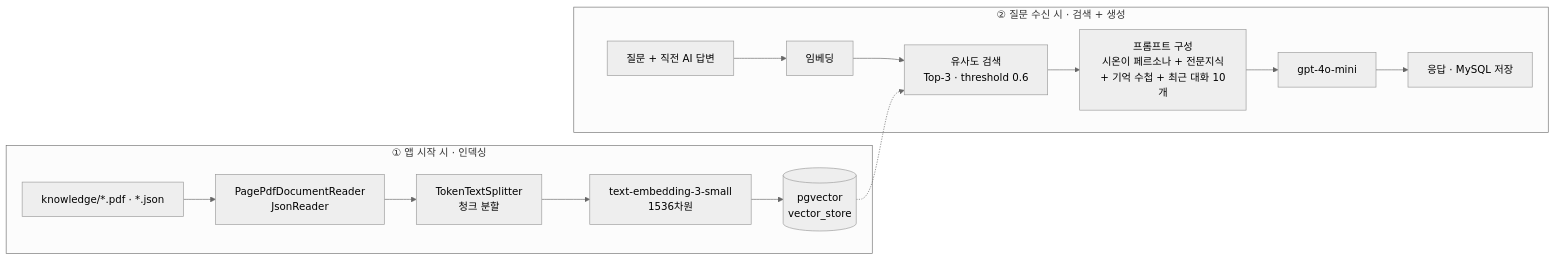
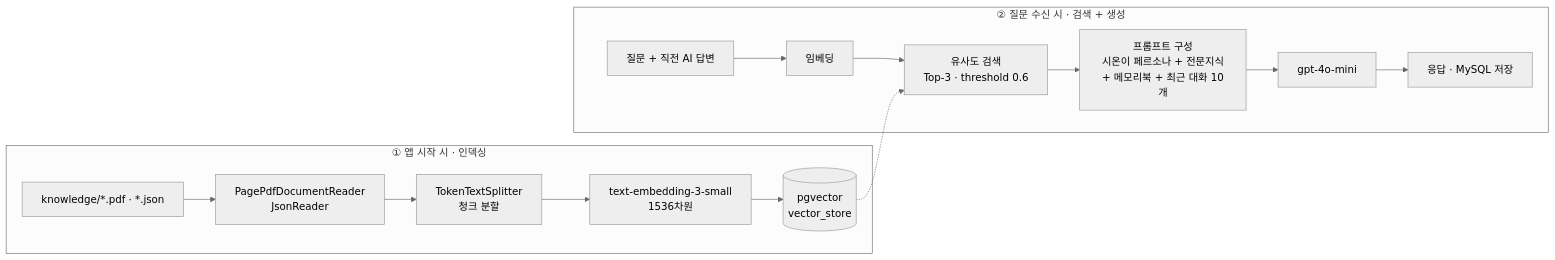
One commit to kiddo-dong/Sil-On-BackEnd changed the seventh of 10 diagrams in README.md. Above: the diagram before and after it, drawn with Mermaid. The commit also changed other lines of this file and 13 other files, not shown here.

````diff
--- a/README.md
+++ b/README.md
@@ -378,18 +420,18 @@
 ```mermaid
 %%{init: {'theme':'neutral'}}%%
 flowchart LR
     subgraph IDX["① 앱 시작 시 · 인덱싱"]
         K["knowledge/*.pdf · *.json"] --> R["PagePdfDocumentReader<br/>JsonReader"]
         R --> SP["TokenTextSplitter<br/>청크 분할"]
         SP --> EM["text-embedding-3-small<br/>1536차원"]
         EM --> VS[("pgvector<br/>vector_store")]
     end
     subgraph QRY["② 질문 수신 시 · 검색 + 생성"]
         Q["질문 + 직전 AI 답변"] --> EQ["임베딩"]
         EQ --> SS["유사도 검색<br/>Top-3 · threshold 0.6"]
-        SS --> PB["프롬프트 구성<br/>시온이 페르소나 + 전문지식<br/>+ 기억 수첩 + 최근 대화 10개"]
+        SS --> PB["프롬프트 구성<br/>시온이 페르소나 + 전문지식<br/>+ 메모리북 + 최근 대화 10개"]
         PB --> LLM["gpt-4o-mini"]
         LLM --> ANS["응답 · MySQL 저장"]
     end
     VS -.-> SS
 ```
````
